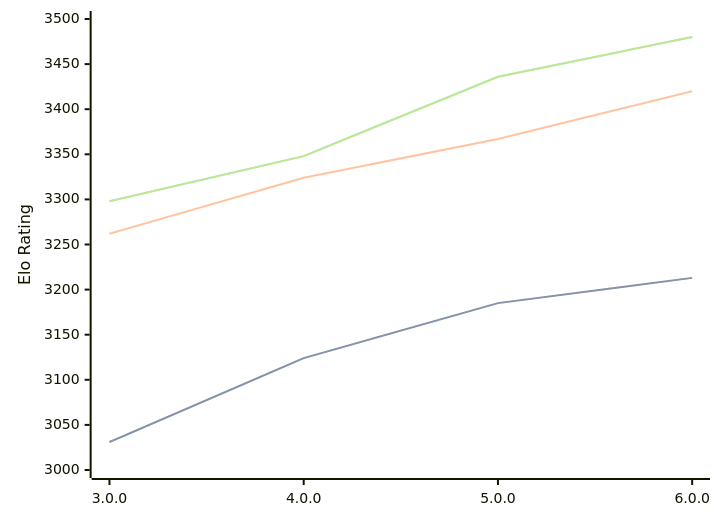
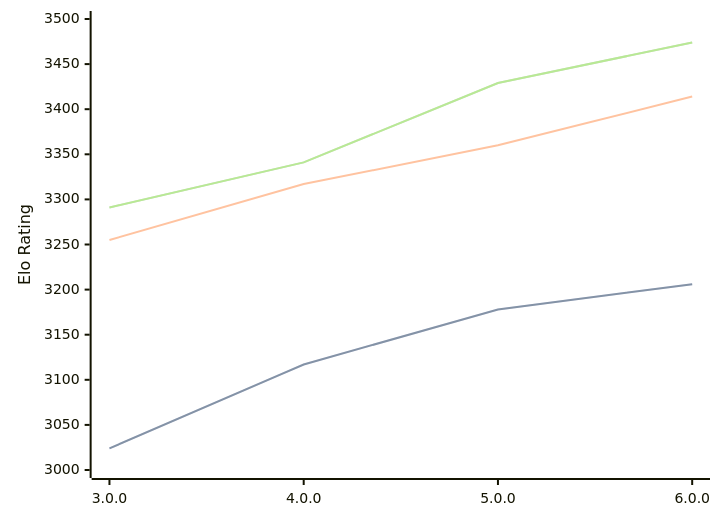
One commit to computer-chess-index/cci changed the diagram in engines/Minke.md. Above: the diagram before and after it, drawn with Mermaid. The commit also changed other lines of this file, not shown here.

Commit message:
Update CCI Ratings (ELO VLTC) - 2026-05-18

````diff
--- a/engines/Minke.md
+++ b/engines/Minke.md
@@ -36,11 +36,11 @@
 ```mermaid
 %%{init: {"theme":"base","themeVariables":{"seriesColors:['#a3a3a3','#222221','#faa371']}}}%%
 xychart-beta
   x-axis ["3.0.0", "4.0.0", "5.0.0", "6.0.0"]
   y-axis "Elo Rating" 3000 --> 3500
-  line "STC (8.0+0.08s)" [3031, 3124, 3185, 3213]
-  line "STC (8.0+0.08s)" [3031, 3124, 3185, 3213]
-  line "LTC (60.0+0.60s)" [3262, 3324, 3367, 3420]
-  line "VLTC (2m24s+1.12s)" [3298, 3348, 3436, 3480]
-  line "VLTC (2m24s+1.12s)" [3298, 3348, 3436, 3480]
+  line "STC (8.0+0.08s)" [3024, 3117, 3178, 3206]
+  line "STC (8.0+0.08s)" [3024, 3117, 3178, 3206]
+  line "LTC (60.0+0.60s)" [3255, 3317, 3360, 3414]
+  line "VLTC (2m24s+1.12s)" [3291, 3341, 3429, 3474]
+  line "VLTC (2m24s+1.12s)" [3291, 3341, 3429, 3474]
 ```
````
